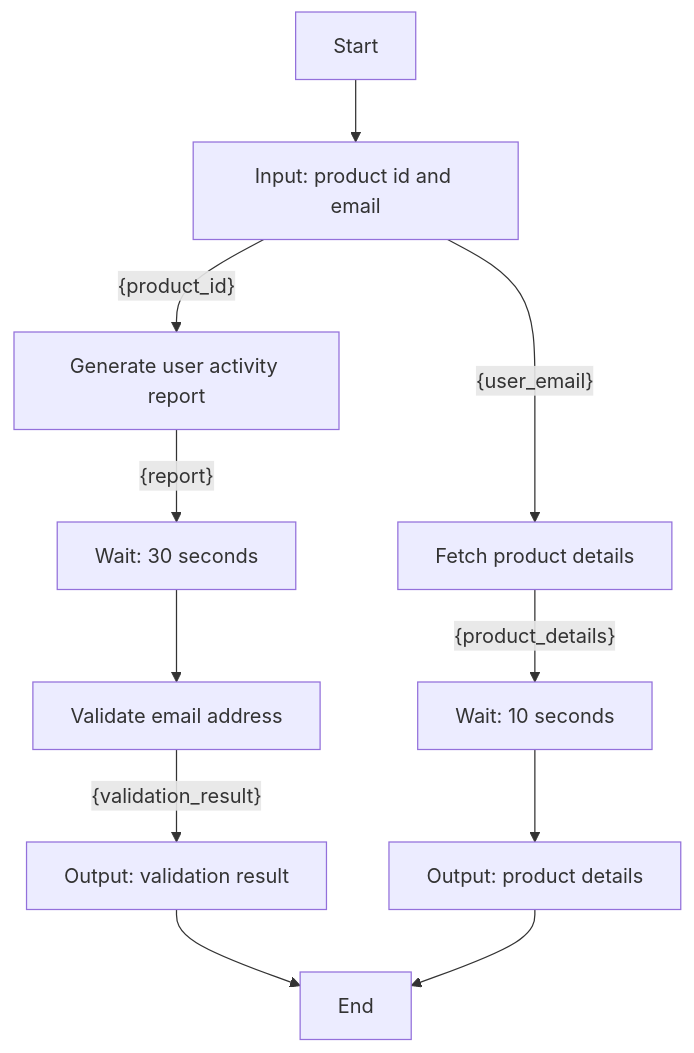
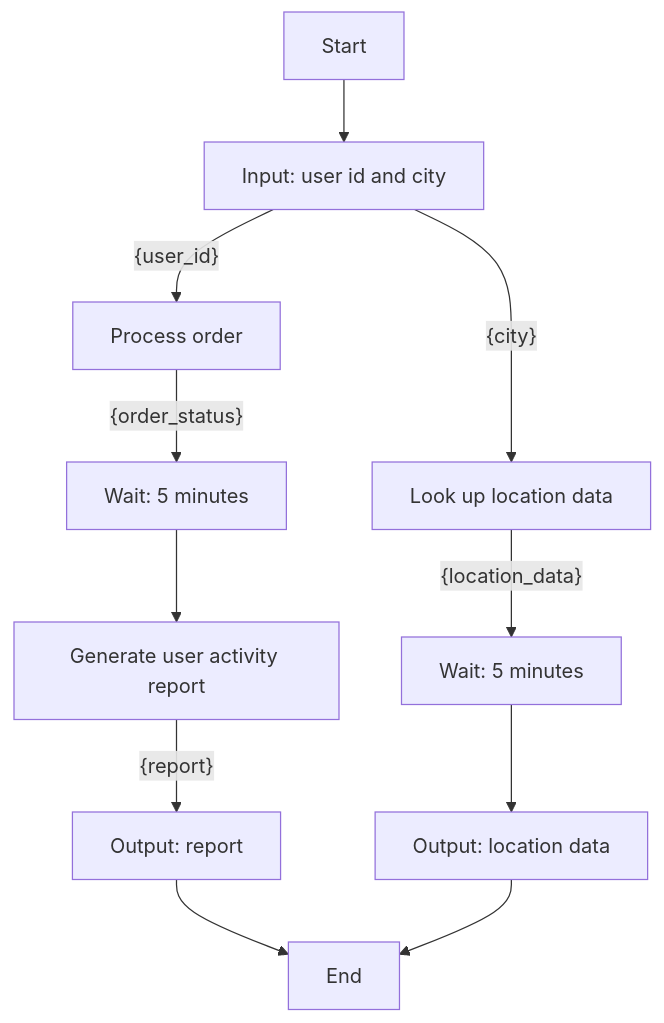
The diagram in poc-dsl-compiler/input/workflows/workflow_7.md (YJ-928/Temporal-Python-SDK), drawn with Mermaid before and after one commit. The commit also changed 48 other files, not shown here.

````diff
--- a/poc-dsl-compiler/input/workflows/workflow_7.md
+++ b/poc-dsl-compiler/input/workflows/workflow_7.md
@@ -1,13 +1,13 @@
 ```mermaid
 graph TD
-    A[Start] --> B[Input: product id and email]
-    B[Input: product id and email] -- {product_id} --> C[Generate user activity report]
-    C[Generate user activity report] -- {report} --> D[Wait: 30 seconds]
-    D[Wait: 30 seconds] --> E[Validate email address]
-    E[Validate email address] -- {validation_result} --> F[Output: validation result]
-    F[Output: validation result] --> J[End]
-    B[Input: product id and email] -- {user_email} --> G[Fetch product details]
-    G[Fetch product details] -- {product_details} --> H[Wait: 10 seconds]
-    H[Wait: 10 seconds] --> I[Output: product details]
-    I[Output: product details] --> J[End]
+    A[Start] --> B[Input: user id and city]
+    B[Input: user id and city] -- {user_id} --> C[Process order]
+    C[Process order] -- {order_status} --> D[Wait: 5 minutes]
+    D[Wait: 5 minutes] --> E[Generate user activity report]
+    E[Generate user activity report] -- {report} --> F[Output: report]
+    F[Output: report] --> J[End]
+    B[Input: user id and city] -- {city} --> G[Look up location data]
+    G[Look up location data] -- {location_data} --> H[Wait: 5 minutes]
+    H[Wait: 5 minutes] --> I[Output: location data]
+    I[Output: location data] --> J[End]
 ```
````
